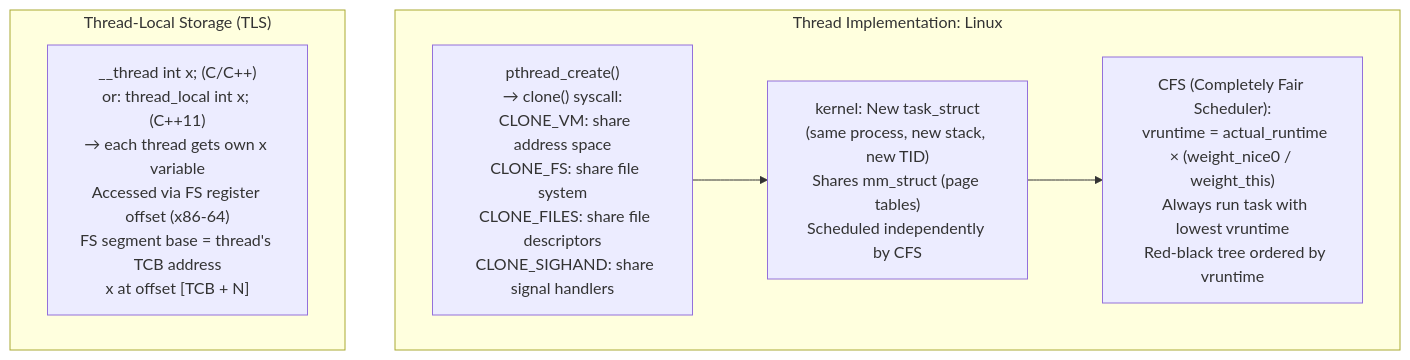
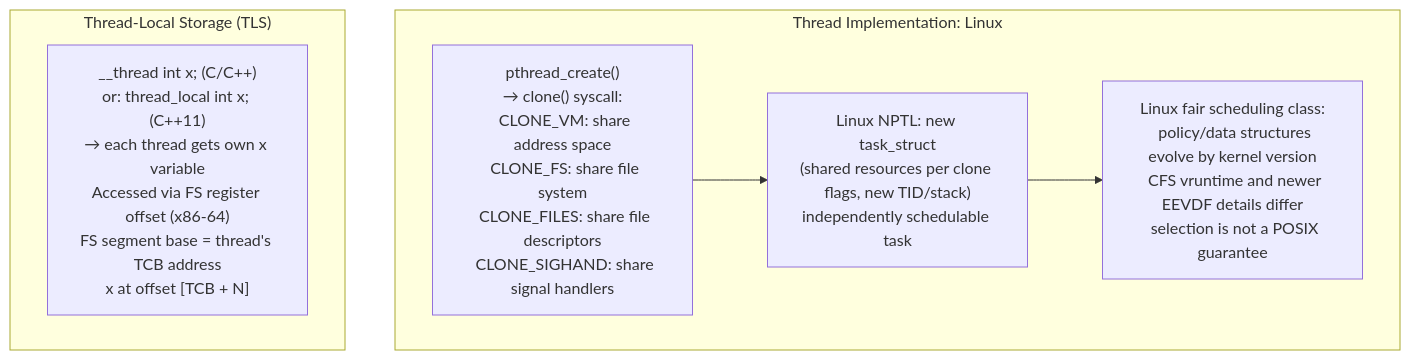
Before and after one commit to choisimo/document: the eighth of 18 diagrams in content/docs/books/cs-reference/ko/systems-programming-internals.md, drawn with Mermaid. The commit also changed other lines of this file and 504 other files, not shown here.

````diff
--- a/content/docs/books/cs-reference/ko/systems-programming-internals.md
+++ b/content/docs/books/cs-reference/ko/systems-programming-internals.md
@@ -160,12 +170,12 @@
 ```mermaid
 flowchart TD
     subgraph "Thread Implementation: Linux"
         PTHREAD["pthread_create()\n→ clone() syscall:\n  CLONE_VM: share address space\n  CLONE_FS: share file system\n  CLONE_FILES: share file descriptors\n  CLONE_SIGHAND: share signal handlers"]
-        TASK["kernel: New task_struct\n(same process, new stack, new TID)\nShares mm_struct (page tables)\nScheduled independently by CFS"]
-        SCHED["CFS (Completely Fair Scheduler):\n  vruntime = actual_runtime × (weight_nice0 / weight_this)\n  Always run task with lowest vruntime\n  Red-black tree ordered by vruntime"]
+        TASK["Linux NPTL: new task_struct\n(shared resources per clone flags, new TID/stack)\nindependently schedulable task"]
+        SCHED["Linux fair scheduling class:\n  policy/data structures evolve by kernel version\n  CFS vruntime and newer EEVDF details differ\n  selection is not a POSIX guarantee"]
         PTHREAD --> TASK --> SCHED
     end
     subgraph "Thread-Local Storage (TLS)"
         TLS["__thread int x; (C/C++)\nor: thread_local int x; (C++11)\n→ each thread gets own x variable\nAccessed via FS register offset (x86-64)\nFS segment base = thread's TCB address\nx at offset [TCB + N]"]
     end
 ```
````
